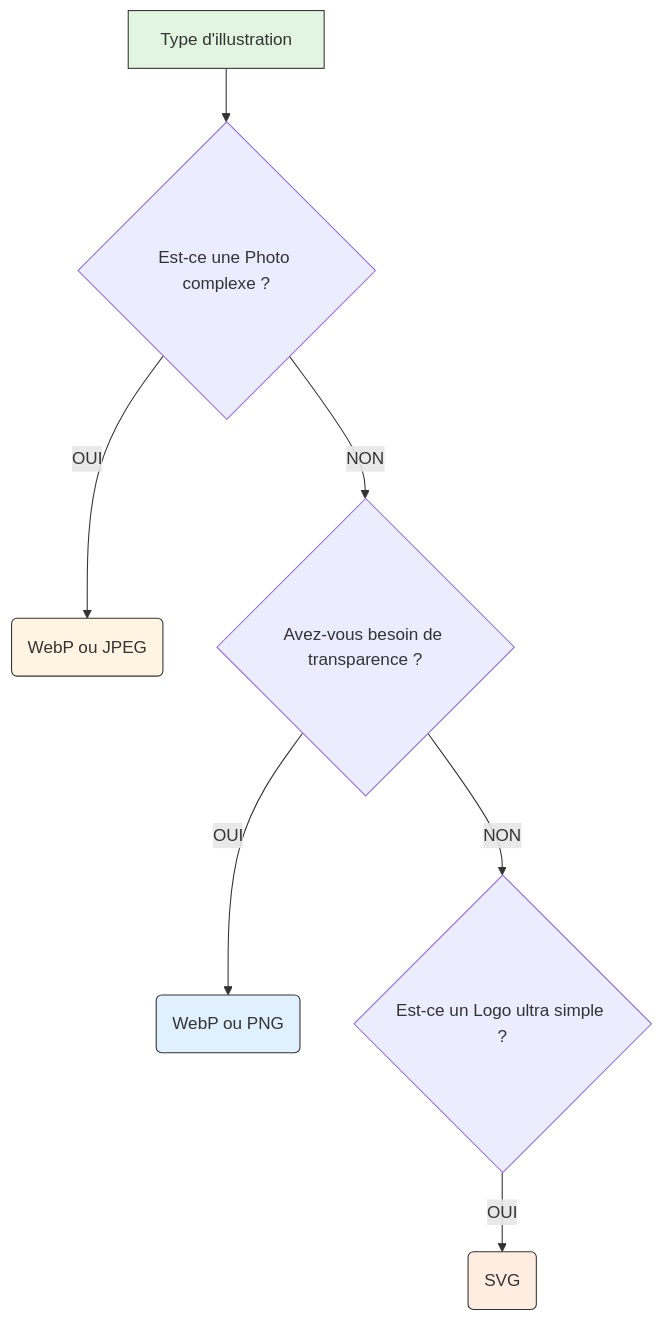
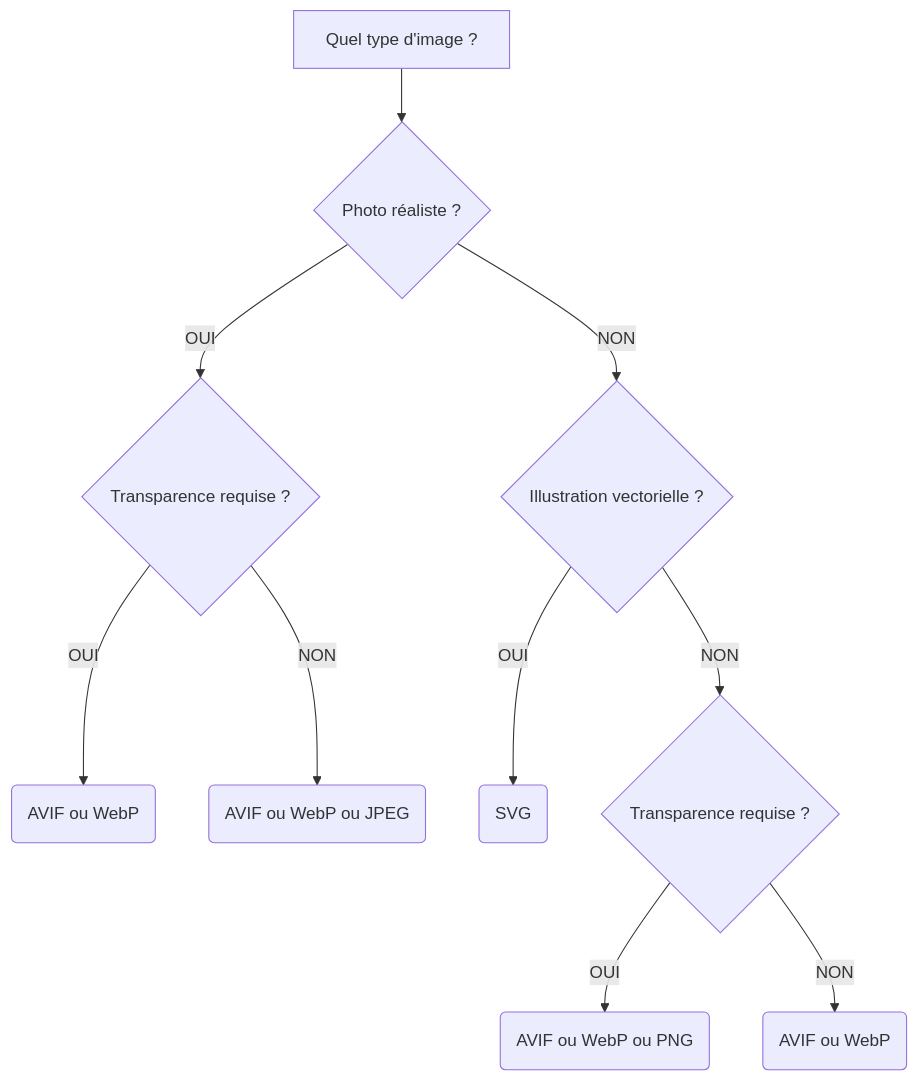
One commit to zyrass/omnydocs changed the diagram in docs/dev-cloud/lang/html/03-images-et-m-dias.md. Above: the diagram before and after it, drawn with Mermaid. The commit also changed other lines of this file and 765 other files, not shown here.

````diff
--- a/docs/dev-cloud/lang/html/03-images-et-m-dias.md
+++ b/docs/dev-cloud/lang/html/03-images-et-m-dias.md
@@ -77,14 +109,12 @@
 ```mermaid
-graph TD
-    A[Type d'illustration] --> B{Est-ce une Photo complexe ?}
-    B -- OUI --> C(WebP ou JPEG)
-    B -- NON --> D{Avez-vous besoin de transparence ?}
-    D -- OUI --> E(WebP ou PNG)
-    D -- NON --> F{Est-ce un Logo ultra simple ?}
+flowchart TD
+    A[Quel type d'image ?] --> B{Photo réaliste ?}
+    B -- OUI --> C{Transparence requise ?}
+    C -- OUI --> D(AVIF ou WebP)
+    C -- NON --> E(AVIF ou WebP ou JPEG)
+    B -- NON --> F{Illustration vectorielle ?}
     F -- OUI --> G(SVG)
-    
-    style A fill:#e1f5e1,stroke:#333
-    style C fill:#fff4e1,stroke:#333
-    style E fill:#e1f0ff,stroke:#333
-    style G fill:#ffede1,stroke:#333
+    F -- NON --> H{Transparence requise ?}
+    H -- OUI --> I(AVIF ou WebP ou PNG)
+    H -- NON --> J(AVIF ou WebP)
 ```
````
